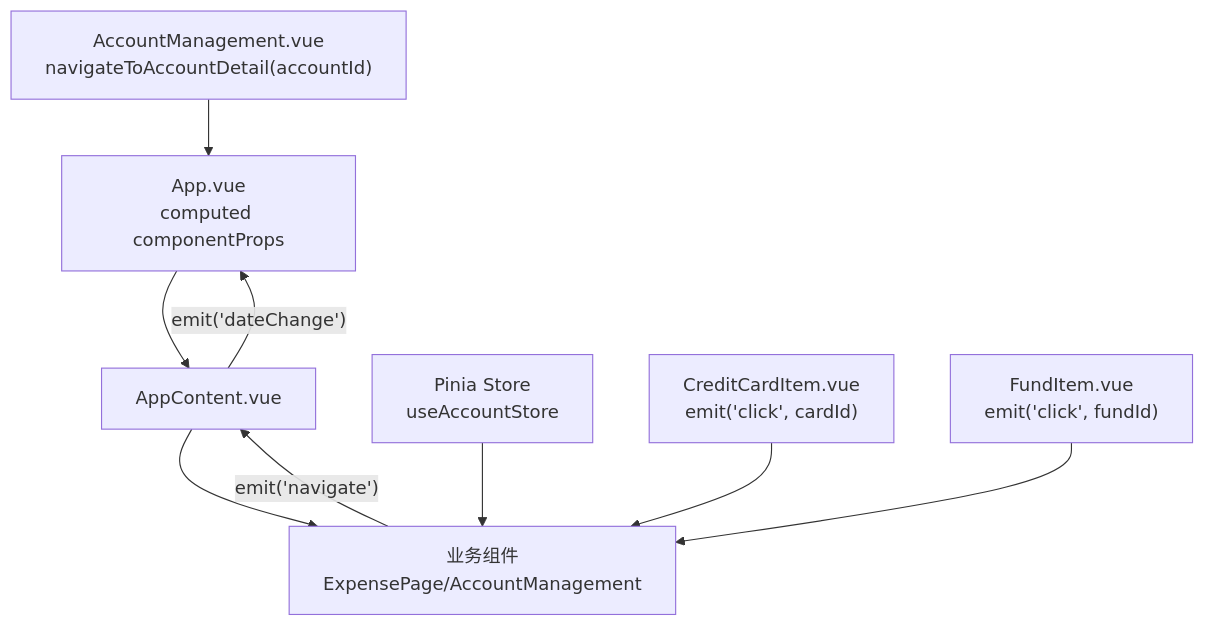
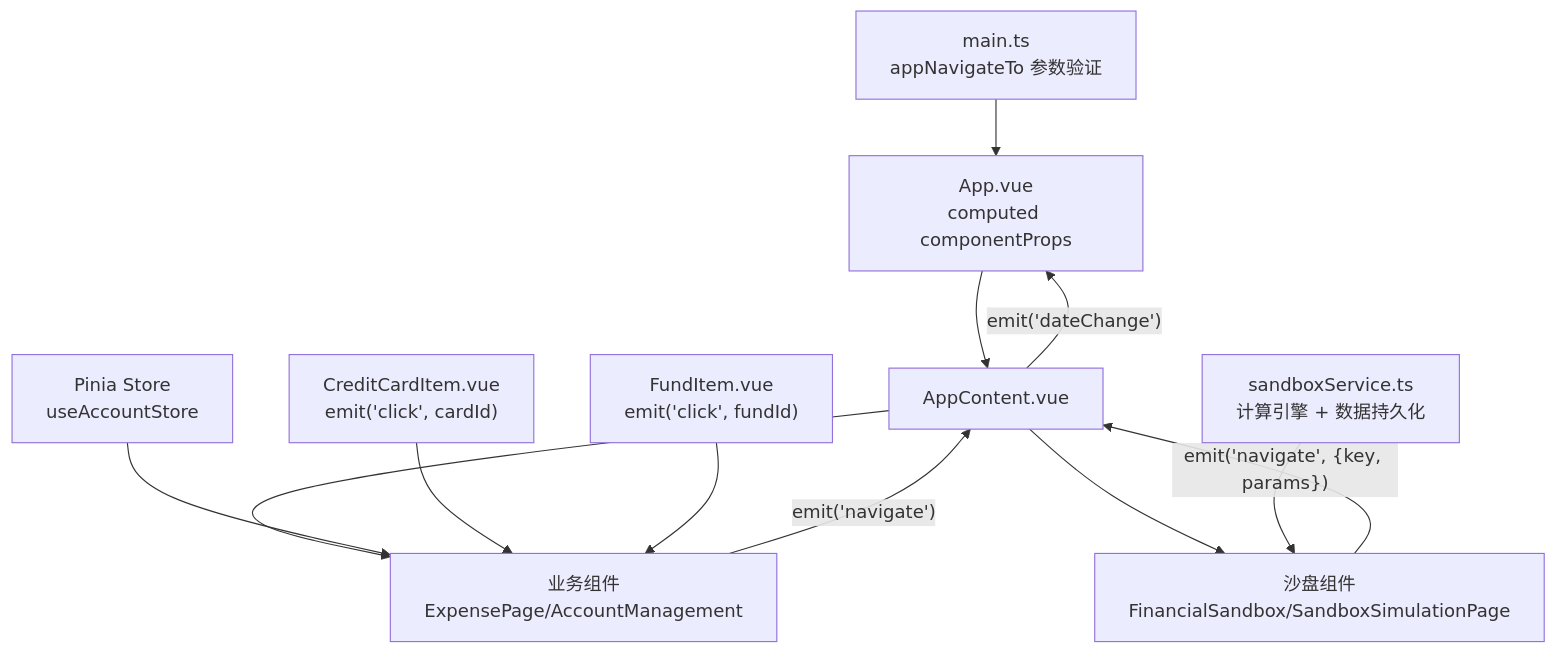
Before and after one commit to xiao-lin-unit/yuan: the sixth of 9 diagrams in .qoder/repowiki/zh/content/架构设计/组件通信机制.md, drawn with Mermaid. The commit also changed other lines of this file and 24 other files, not shown here.

````diff
--- a/.qoder/repowiki/zh/content/架构设计/组件通信机制.md
+++ b/.qoder/repowiki/zh/content/架构设计/组件通信机制.md
@@ -295,11 +352,14 @@
 ```mermaid
 flowchart TD
 A["App.vue<br/>computed componentProps"] --> B["AppContent.vue"]
 B --> C["业务组件<br/>ExpensePage/AccountManagement"]
+B --> D["沙盘组件<br/>FinancialSandbox/SandboxSimulationPage"]
 C -- "emit('navigate')" --> B
+D -- "emit('navigate', {key, params})" --> B
 B -- "emit('dateChange')" --> A
-D["Pinia Store<br/>useAccountStore"] --> C
-E["CreditCardItem.vue<br/>emit('click', cardId)"] --> C
-F["FundItem.vue<br/>emit('click', fundId)"] --> C
-G["AccountManagement.vue<br/>navigateToAccountDetail(accountId)"] --> A
+E["Pinia Store<br/>useAccountStore"] --> C
+F["CreditCardItem.vue<br/>emit('click', cardId)"] --> C
+G["FundItem.vue<br/>emit('click', fundId)"] --> C
+H["sandboxService.ts<br/>计算引擎 + 数据持久化"] --> D
+I["main.ts<br/>appNavigateTo 参数验证"] --> A
 ```
````
